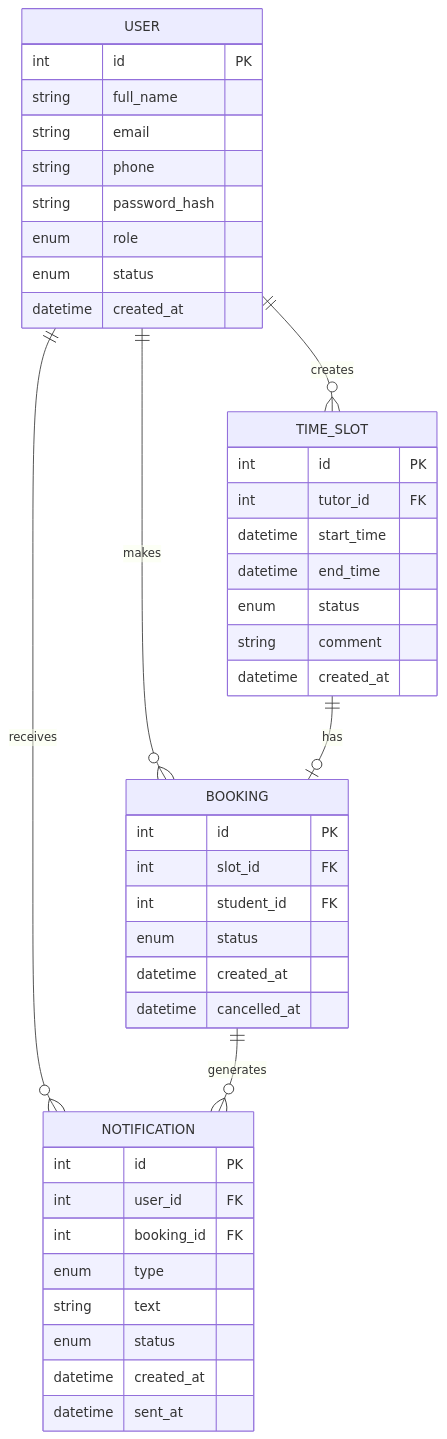
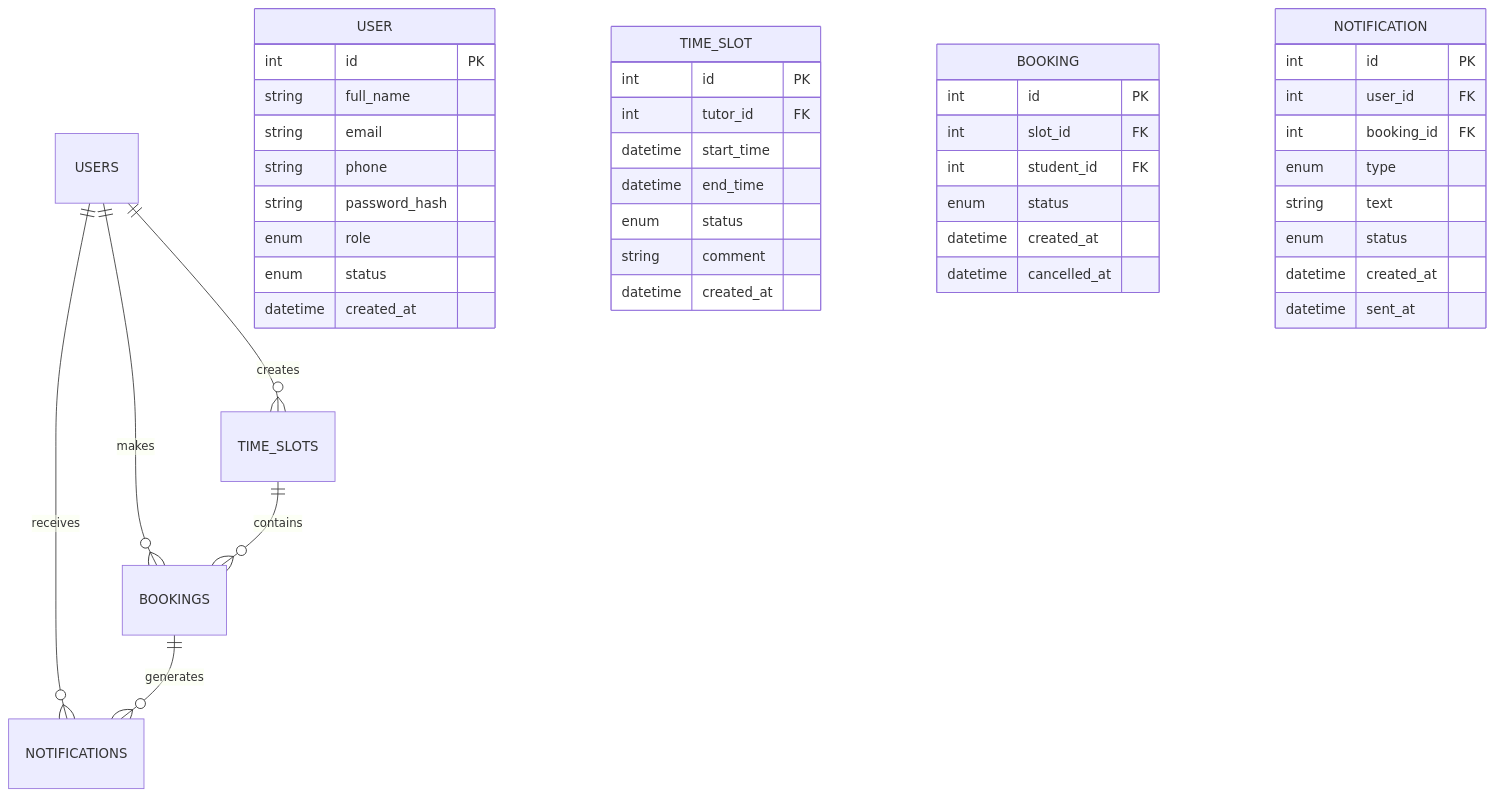
The diagram in tutor-booking-system/database.md (olisun-dataengineer/system-analyst-portfolio), drawn with Mermaid before and after one commit.

````diff
--- a/tutor-booking-system/database.md
+++ b/tutor-booking-system/database.md
@@ -86,49 +86,49 @@
 ```mermaid
 erDiagram
-    USER ||--o{ TIME_SLOT : creates
-    USER ||--o{ BOOKING : makes
-    TIME_SLOT ||--o| BOOKING : has
-    USER ||--o{ NOTIFICATION : receives
-    BOOKING ||--o{ NOTIFICATION : generates
+    USERS ||--o{ TIME_SLOTS : creates
+    USERS ||--o{ BOOKINGS : makes
+    TIME_SLOTS ||--o{ BOOKINGS : contains
+    USERS ||--o{ NOTIFICATIONS : receives
+    BOOKINGS ||--o{ NOTIFICATIONS : generates
 
     USER {
         int id PK
         string full_name
         string email
         string phone
         string password_hash
         enum role
         enum status
         datetime created_at
     }
 
     TIME_SLOT {
         int id PK
         int tutor_id FK
         datetime start_time
         datetime end_time
         enum status
         string comment
         datetime created_at
     }
 
     BOOKING {
         int id PK
         int slot_id FK
         int student_id FK
         enum status
         datetime created_at
         datetime cancelled_at
     }
 
     NOTIFICATION {
         int id PK
         int user_id FK
         int booking_id FK
         enum type
         string text
         enum status
         datetime created_at
         datetime sent_at
     }
 ```
````
